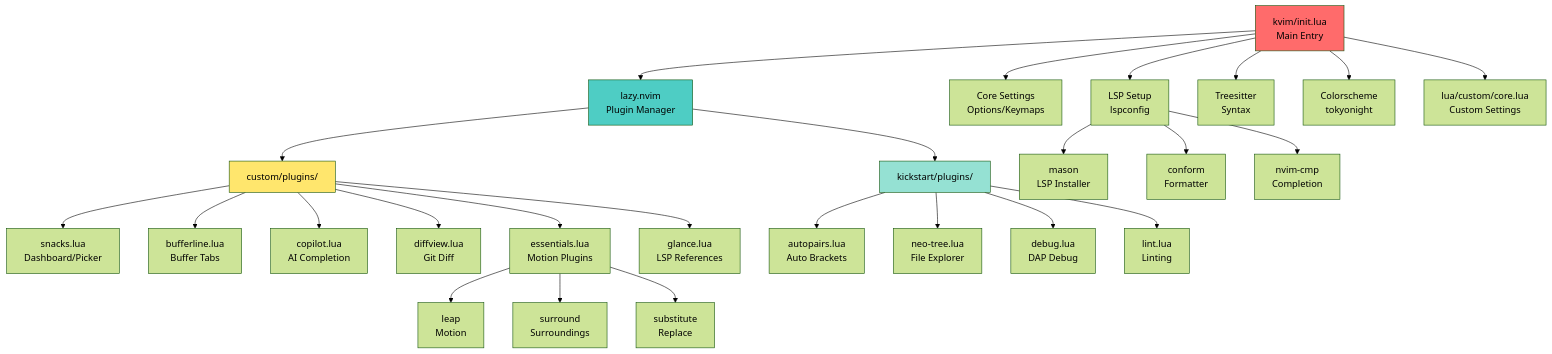
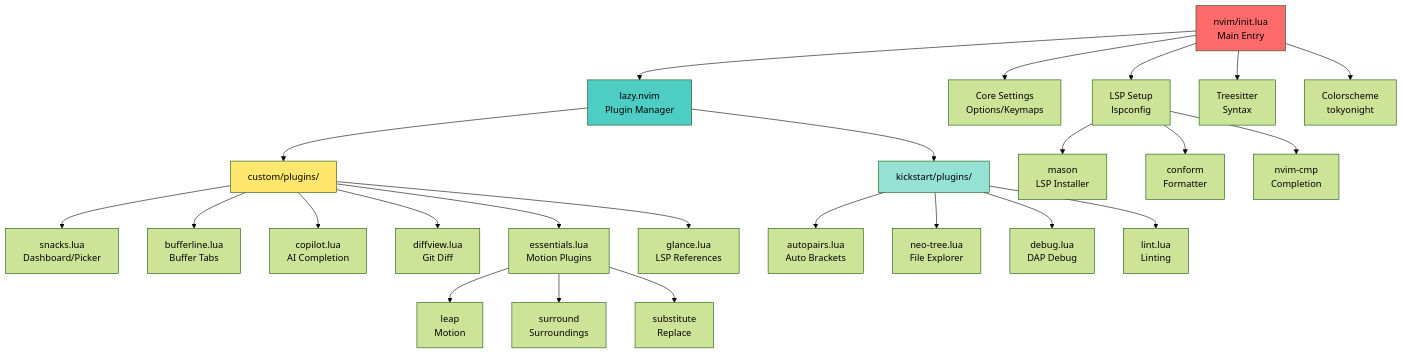
Before and after one commit to ymat19/dotfiles: the second of 2 diagrams in README.md, drawn with Mermaid (forest theme). The commit also changed other lines of this file and 36 other files, not shown here.

First line of the commit message:
refactor: kvim/nvim 二重構成を廃止し nvim に統合 (#66)

````diff
--- a/README.md
+++ b/README.md
@@ -152,39 +152,37 @@
 ```mermaid
 graph TD
-    A["kvim/init.lua<br/>Main Entry"] --> B["lazy.nvim<br/>Plugin Manager"]
+    A["nvim/init.lua<br/>Main Entry"] --> B["lazy.nvim<br/>Plugin Manager"]
 
     A --> C["Core Settings<br/>Options/Keymaps"]
     A --> D["LSP Setup<br/>lspconfig"]
     A --> E["Treesitter<br/>Syntax"]
     A --> F["Colorscheme<br/>tokyonight"]
-
-    A --> G["lua/custom/core.lua<br/>Custom Settings"]
 
     B --> H["custom/plugins/"]
     B --> I["kickstart/plugins/"]
 
     H --> H1["snacks.lua<br/>Dashboard/Picker"]
     H --> H2["bufferline.lua<br/>Buffer Tabs"]
     H --> H3["copilot.lua<br/>AI Completion"]
     H --> H4["diffview.lua<br/>Git Diff"]
     H --> H5["essentials.lua<br/>Motion Plugins"]
     H --> H6["glance.lua<br/>LSP References"]
 
     I --> I1["autopairs.lua<br/>Auto Brackets"]
     I --> I2["neo-tree.lua<br/>File Explorer"]
     I --> I3["debug.lua<br/>DAP Debug"]
     I --> I4["lint.lua<br/>Linting"]
 
     D --> D1["mason<br/>LSP Installer"]
     D --> D2["conform<br/>Formatter"]
     D --> D3["nvim-cmp<br/>Completion"]
 
     H5 --> H5A["leap<br/>Motion"]
     H5 --> H5B["surround<br/>Surroundings"]
     H5 --> H5C["substitute<br/>Replace"]
 
     style A fill:#ff6b6b
     style B fill:#4ecdc4
     style H fill:#ffe66d
     style I fill:#95e1d3
 ```
````
